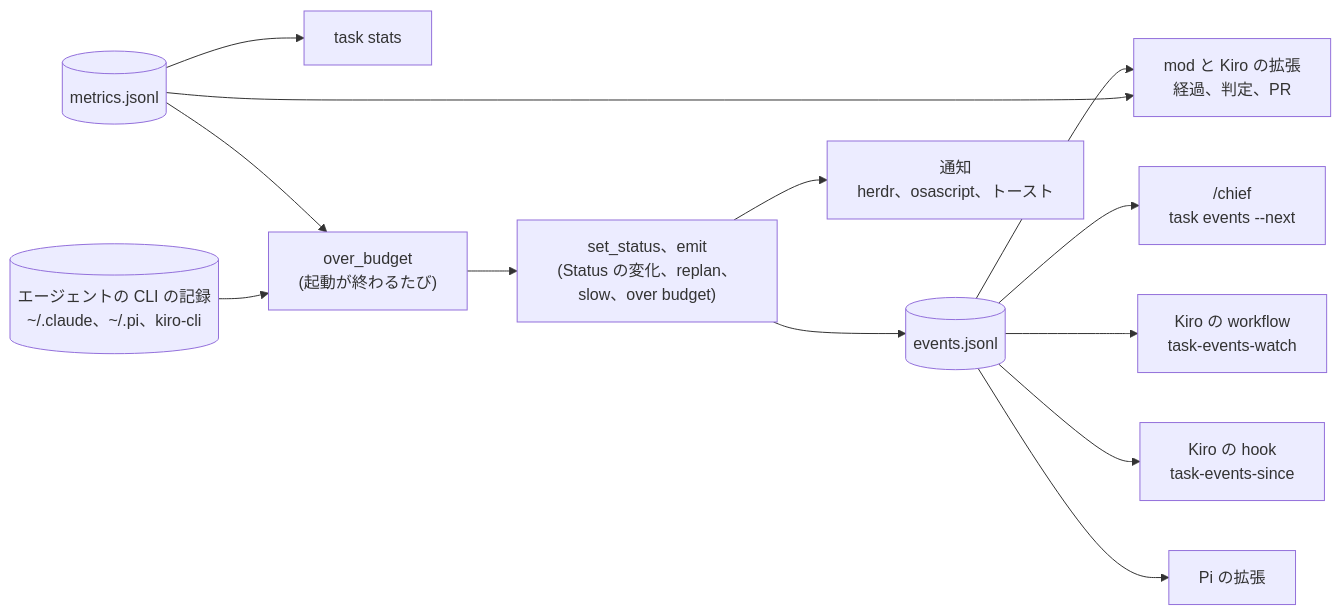
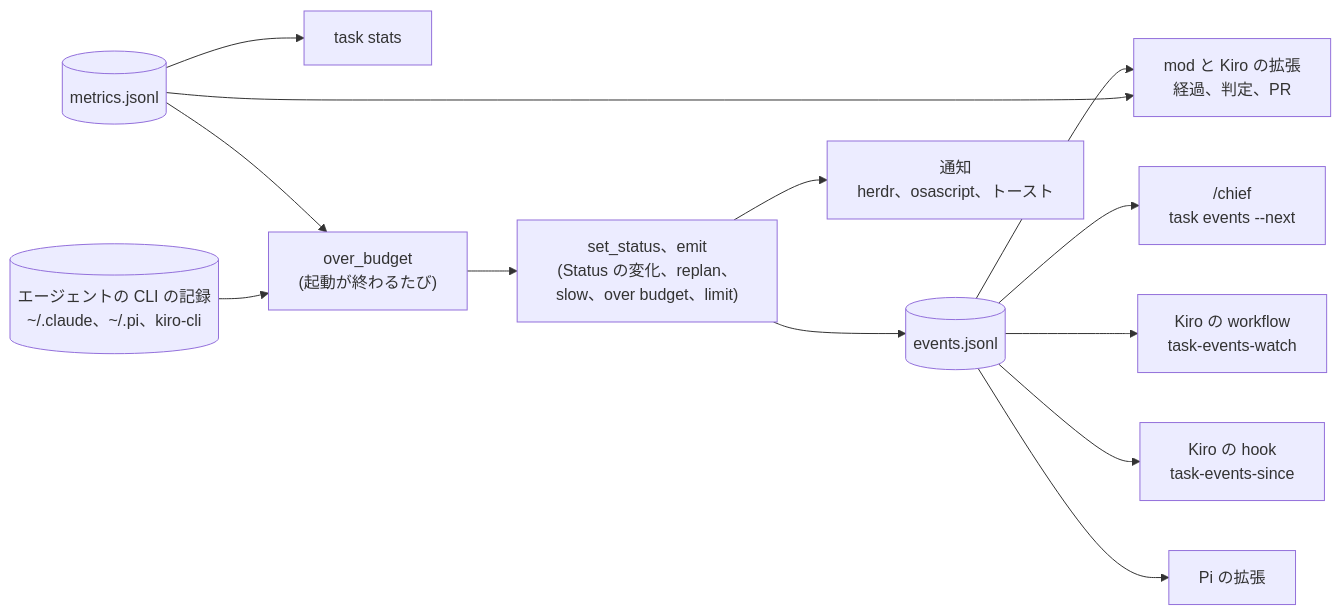
One commit to jyoka/task-hub changed the fourth of 10 diagrams in docs/architecture/hld.md. Above: the diagram before and after it, drawn with Mermaid. The commit also changed other lines of this file and 8 other files, not shown here.

````diff
--- a/docs/architecture/hld.md
+++ b/docs/architecture/hld.md
@@ -221,15 +225,15 @@
 ```mermaid
 flowchart LR
-    setstatus["set_status、emit<br/>(Status の変化、replan、slow、over budget)"] --> events[("events.jsonl")]
+    setstatus["set_status、emit<br/>(Status の変化、replan、slow、over budget、limit)"] --> events[("events.jsonl")]
     setstatus --> note["通知<br/>herdr、osascript、トースト"]
     events --> chief["/chief<br/>task events --next"]
     events --> kwf["Kiro の workflow<br/>task-events-watch"]
     events --> khook["Kiro の hook<br/>task-events-since"]
     events --> pi["Pi の拡張"]
     events --> mod["mod と Kiro の拡張<br/>経過、判定、PR"]
     metrics[("metrics.jsonl")] --> stats["task stats"]
     metrics --> mod
     metrics --> budget["over_budget<br/>(起動が終わるたび)"]
     records[("エージェントの CLI の記録<br/>~/.claude、~/.pi、kiro-cli")] --> budget
     budget --> setstatus
 ```
````
